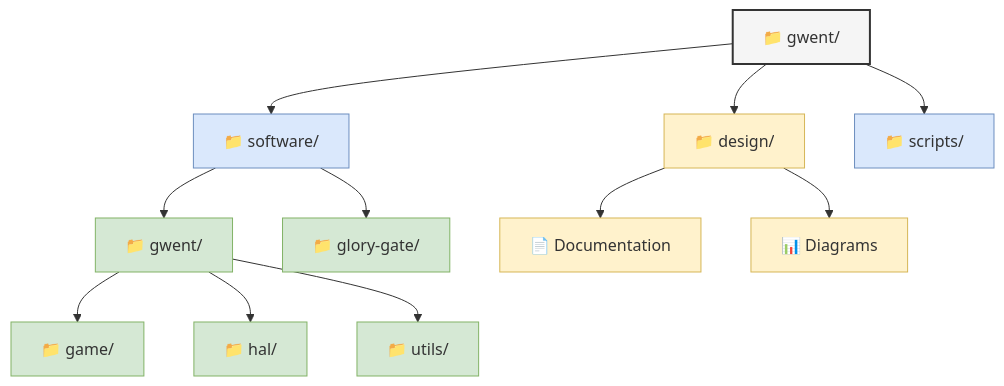
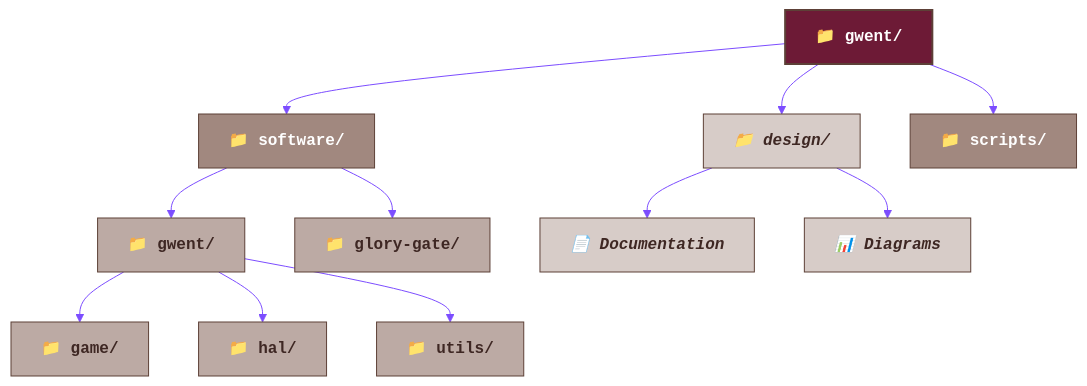
One commit to declanshanaghy/gwent changed the ninth of 9 diagrams in README.md. Above: the diagram before and after it, drawn with Mermaid. The commit also changed other lines of this file and 6 other files, not shown here.

First line of the commit message:
Add mermaid style guide and apply to all diagrams

````diff
--- a/README.md
+++ b/README.md
@@ -313,37 +443,51 @@
 ```mermaid
+%%{init: {
+  'theme': 'base',
+  'themeVariables': {
+    'primaryColor': '#6d1a36',
+    'primaryTextColor': '#fff',
+    'primaryBorderColor': '#7C4DFF',
+    'lineColor': '#7C4DFF',
+    'secondaryColor': '#D7CCC8',
+    'tertiaryColor': '#EFEBE9',
+    'fontFamily': 'Courier New',
+    'fontSize': '16px'
+  }
+}}%%
+
 graph TD
-    classDef root fill:#f5f5f5,stroke:#333,stroke-width:2px
-    classDef dir fill:#dae8fc,stroke:#6c8ebf,stroke-width:1px
-    classDef code fill:#d5e8d4,stroke:#82b366,stroke-width:1px
-    classDef docs fill:#fff2cc,stroke:#d6b656,stroke-width:1px
+    classDef root fill:#6d1a36,stroke:#5D4037,stroke-width:2px,color:#fff,font-family:'Courier New',font-weight:bold
+    classDef dir fill:#A1887F,stroke:#5D4037,stroke-width:1px,color:#fff,font-family:'Courier New',font-weight:bold
+    classDef code fill:#BCAAA4,stroke:#5D4037,stroke-width:1px,color:#3E2723,font-family:'Courier New',font-weight:bold
+    classDef docs fill:#D7CCC8,stroke:#5D4037,stroke-width:1px,color:#3E2723,font-family:'Courier New',font-style:italic
     
     root["📁 gwent/"]:::root
     
     software["📁 software/"]:::dir
     design["📁 design/"]:::docs
     scripts["📁 scripts/"]:::dir
     
     gwent["📁 gwent/"]:::code
     glory["📁 glory-gate/"]:::code
     
     docs["📄 Documentation"]:::docs
     diagrams["📊 Diagrams"]:::docs
     
     game["📁 game/"]:::code
     hal["📁 hal/"]:::code
     utils["📁 utils/"]:::code
     
     root --> software
     root --> design
     root --> scripts
     
     software --> gwent
     software --> glory
     
     design --> docs
     design --> diagrams
     
     gwent --> game
     gwent --> hal
     gwent --> utils
 ```
````
